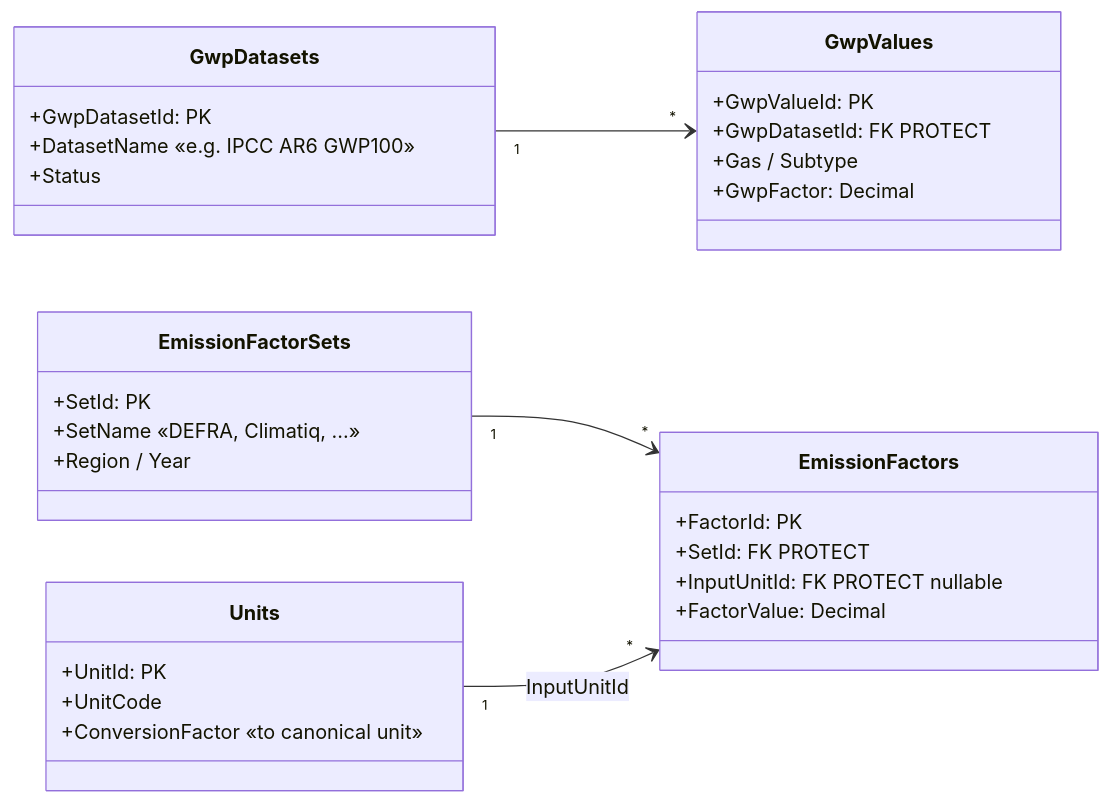
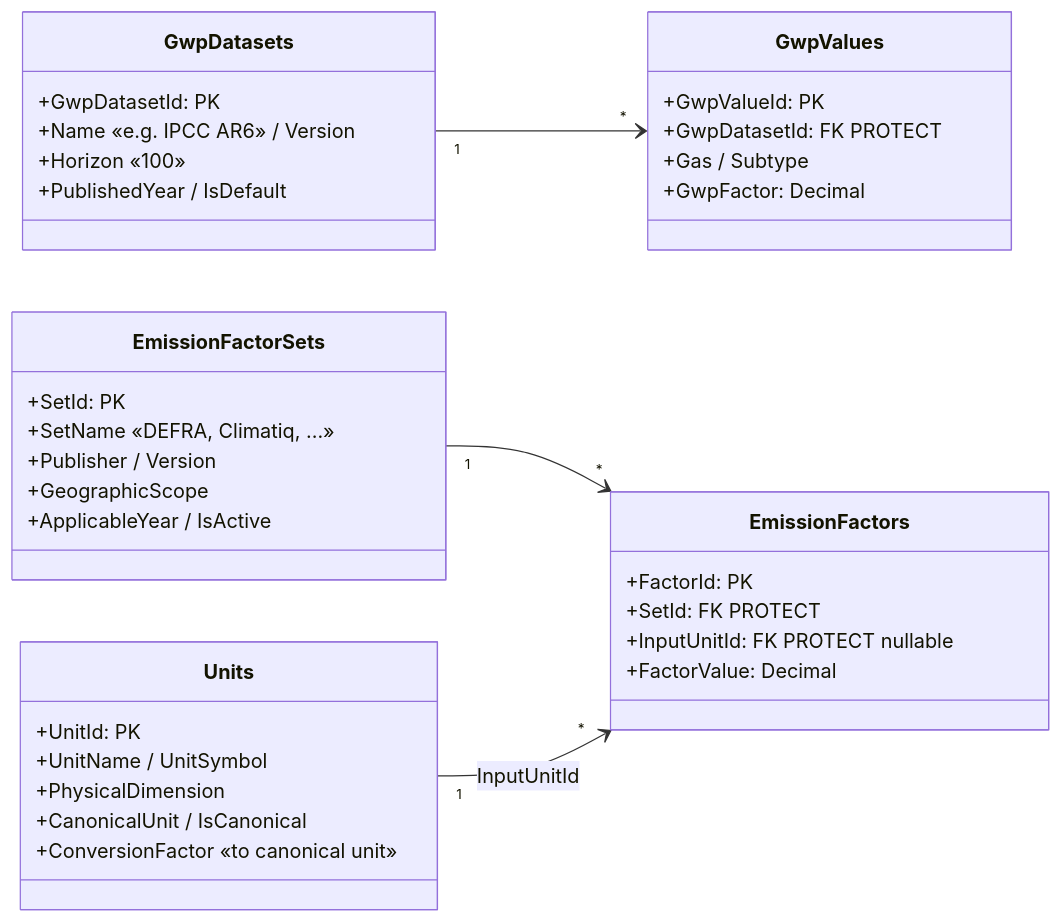
The first of 4 diagrams in docs/diagrams/uml/03-domain-ghg.md (Software-Lifecycle-Consultants/SusDevOS-Pro), drawn with Mermaid before and after one commit. The commit also changed other lines of this file and 23 other files, not shown here.

````diff
--- a/docs/diagrams/uml/03-domain-ghg.md
+++ b/docs/diagrams/uml/03-domain-ghg.md
@@ -8,36 +11,41 @@
 ```mermaid
 classDiagram
     direction LR
 
     class GwpDatasets {
         +GwpDatasetId: PK
-        +DatasetName «e.g. IPCC AR6 GWP100»
-        +Status
+        +Name «e.g. IPCC AR6» / Version
+        +Horizon «100»
+        +PublishedYear / IsDefault
     }
     class GwpValues {
         +GwpValueId: PK
         +GwpDatasetId: FK PROTECT
         +Gas / Subtype
         +GwpFactor: Decimal
     }
     class Units {
         +UnitId: PK
-        +UnitCode
+        +UnitName / UnitSymbol
+        +PhysicalDimension
+        +CanonicalUnit / IsCanonical
         +ConversionFactor «to canonical unit»
     }
     class EmissionFactorSets {
         +SetId: PK
         +SetName «DEFRA, Climatiq, ...»
-        +Region / Year
+        +Publisher / Version
+        +GeographicScope
+        +ApplicableYear / IsActive
     }
     class EmissionFactors {
         +FactorId: PK
         +SetId: FK PROTECT
         +InputUnitId: FK PROTECT nullable
         +FactorValue: Decimal
     }
 
     GwpDatasets "1" --> "*" GwpValues
     EmissionFactorSets "1" --> "*" EmissionFactors
     Units "1" --> "*" EmissionFactors : InputUnitId
 ```
````
